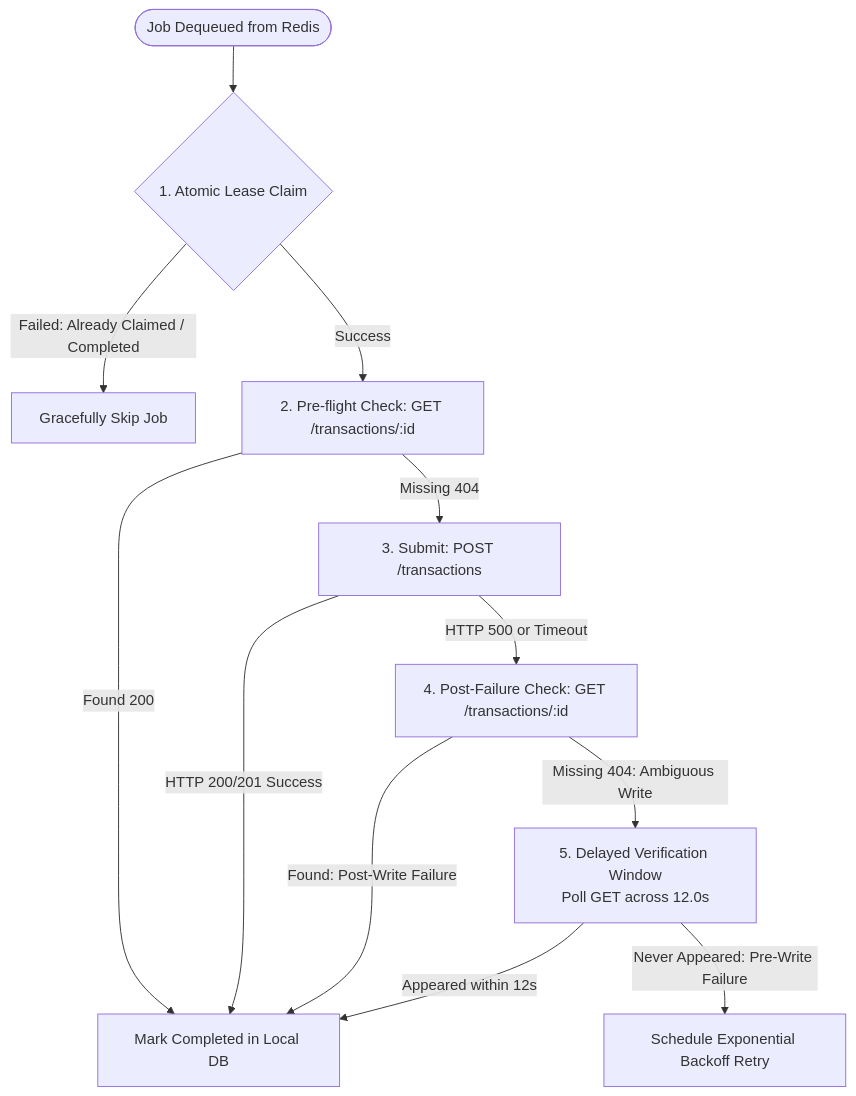
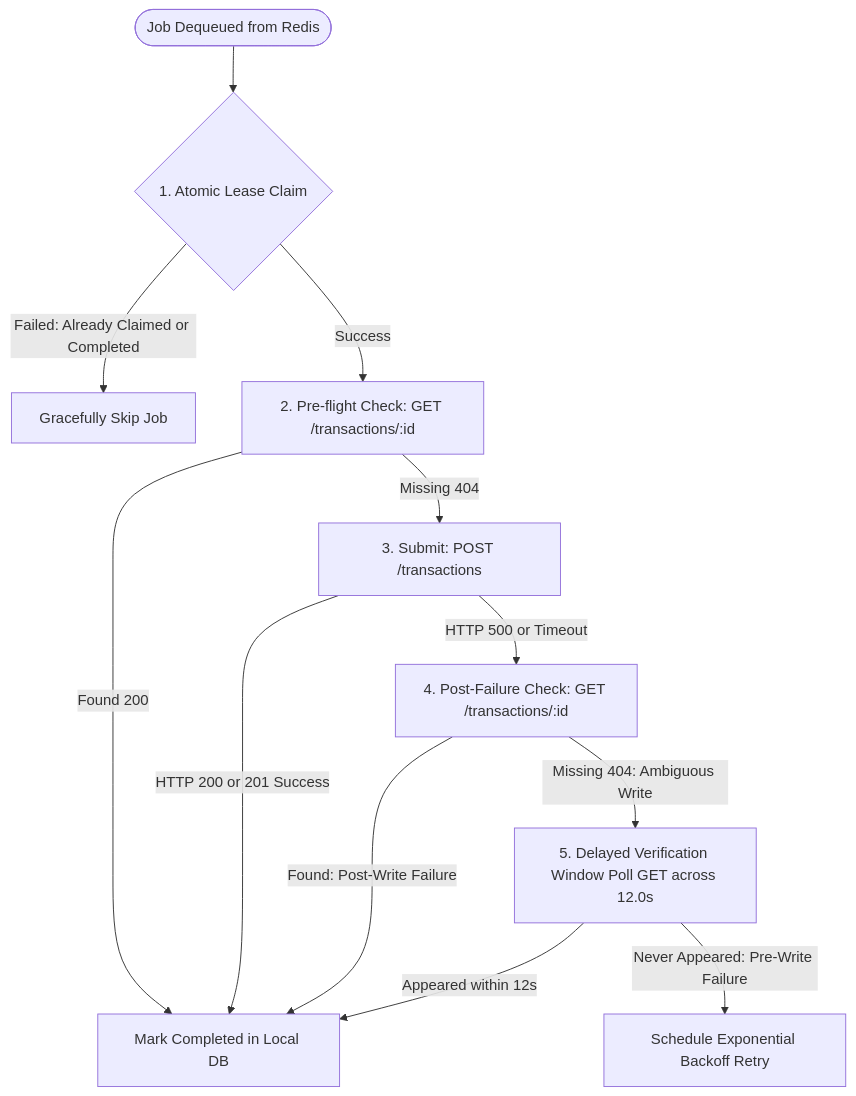
The second of 4 diagrams in README.md (nandhiniram33/Transaction-System), drawn with Mermaid before and after one commit. The commit also changed other lines of this file and 4 other files, not shown here.

````diff
--- a/README.md
+++ b/README.md
@@ -350,18 +352,18 @@
 ```mermaid
 flowchart TD
     Start([Job Dequeued from Redis]) --> Claim{1. Atomic Lease Claim}
-    Claim -->|Failed: Already Claimed / Completed| Skip[Gracefully Skip Job]
+    Claim -->|Failed: Already Claimed or Completed| Skip[Gracefully Skip Job]
     Claim -->|Success| PreCheck[2. Pre-flight Check: GET /transactions/:id]
-    
+
     PreCheck -->|Found 200| MarkDone[Mark Completed in Local DB]
     PreCheck -->|Missing 404| PostReq[3. Submit: POST /transactions]
-    
-    PostReq -->|HTTP 200/201 Success| MarkDone
+
+    PostReq -->|HTTP 200 or 201 Success| MarkDone
     PostReq -->|HTTP 500 or Timeout| ImmCheck[4. Post-Failure Check: GET /transactions/:id]
-    
+
     ImmCheck -->|Found: Post-Write Failure| MarkDone
-    ImmCheck -->|Missing 404: Ambiguous Write| DelayWin[5. Delayed Verification Window<br/>Poll GET across 12.0s]
-    
+    ImmCheck -->|Missing 404: Ambiguous Write| DelayWin[5. Delayed Verification Window Poll GET across 12.0s]
+
     DelayWin -->|Appeared within 12s| MarkDone
     DelayWin -->|Never Appeared: Pre-Write Failure| ScheduleRetry[Schedule Exponential Backoff Retry]
 ```
````
